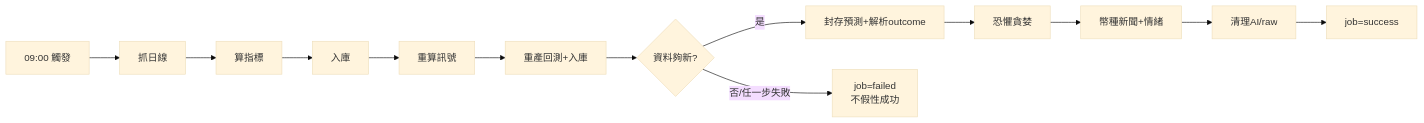
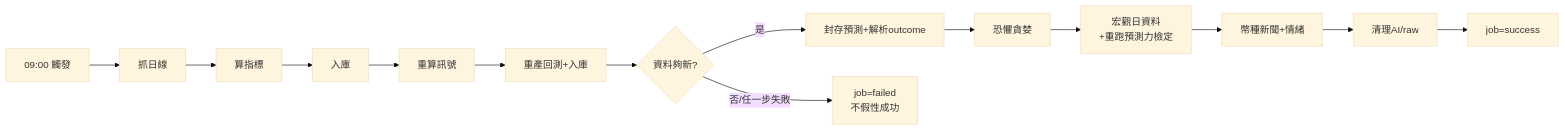
The second of 5 diagrams in README.md (yunzhenz-chainwin/crypto-quant), drawn with Mermaid (base theme) before and after one commit. The commit also changed other lines of this file and 13 other files, not shown here.

````diff
--- a/README.md
+++ b/README.md
@@ -202,7 +210,7 @@
 ```mermaid
 flowchart LR
     S["09:00 觸發"] --> F["抓日線"] --> I["算指標"] --> IN["入庫"]
     IN --> DS["重算訊號"] --> BT["重產回測+入庫"] --> FR{"資料夠新?"}
-    FR -->|"是"| FC["封存預測+解析outcome"] --> FG["恐懼貪婪"] --> NW["幣種新聞+情緒"] --> CL["清理AI/raw"] --> OK["job=success"]
+    FR -->|"是"| FC["封存預測+解析outcome"] --> FG["恐懼貪婪"] --> MA["宏觀日資料<br/>+重跑預測力檢定"] --> NW["幣種新聞+情緒"] --> CL["清理AI/raw"] --> OK["job=success"]
     FR -->|"否/任一步失敗"| FAIL["job=failed<br/>不假性成功"]
 ```
````
